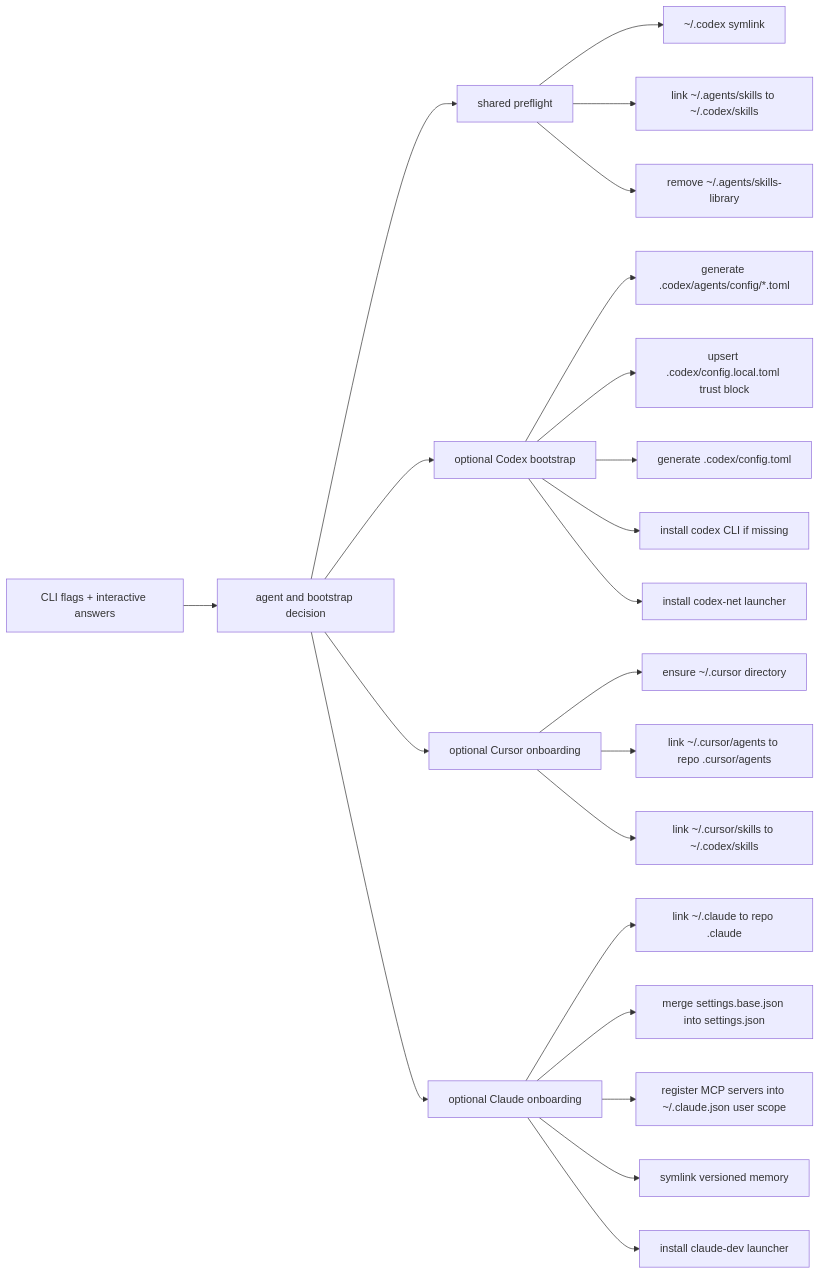
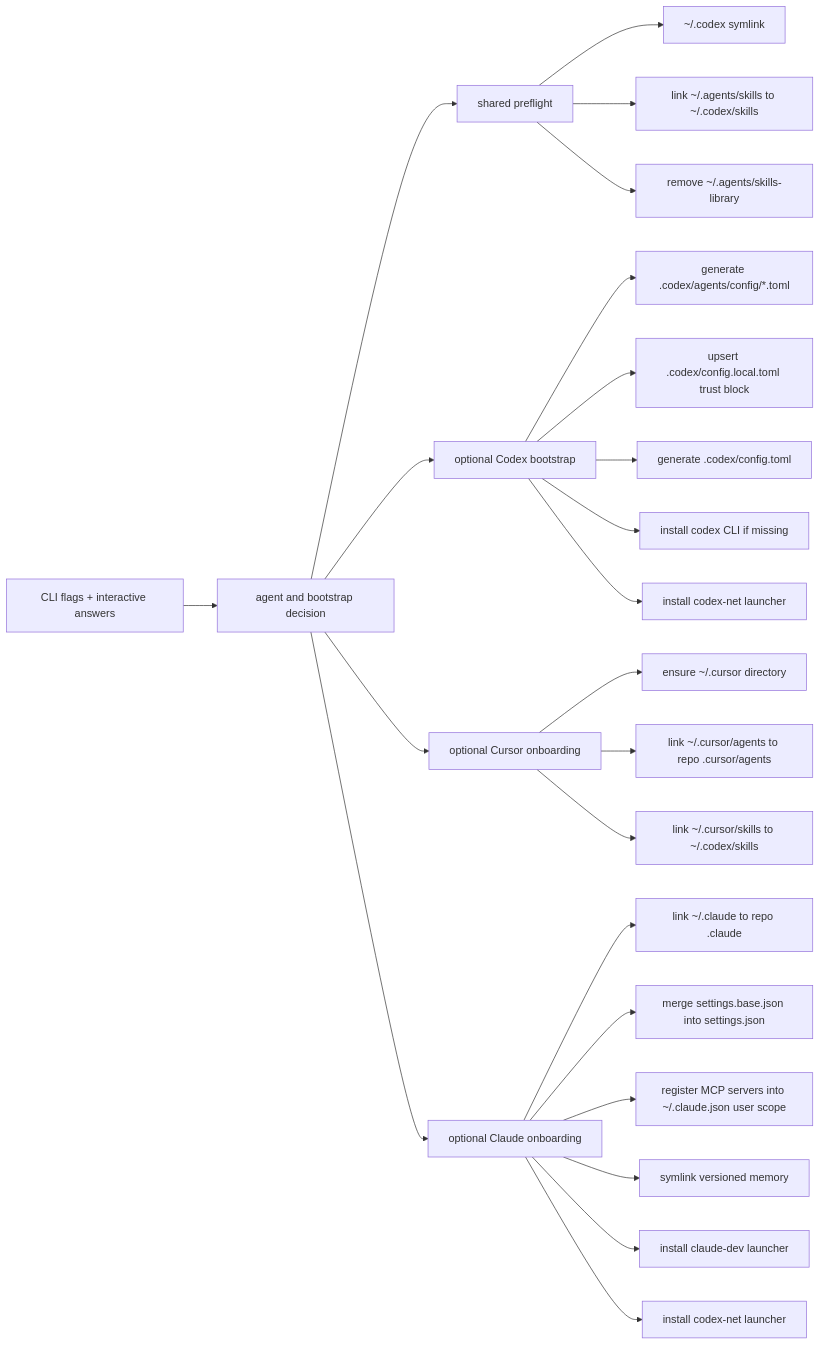
The second of 4 diagrams in docs/onboarding.md (kzokv/agent-dock), drawn with Mermaid before and after one commit. The commit also changed other lines of this file and 4 other files, not shown here.

First line of the commit message:
feat(onboarding): enhance onboarding scripts with codex-net launcher support

````diff
--- a/docs/onboarding.md
+++ b/docs/onboarding.md
@@ -75,27 +76,28 @@
 ```mermaid
 flowchart LR
     A[CLI flags + interactive answers] --> B[agent and bootstrap decision]
     B --> C[shared preflight]
     C --> C1[~/.codex symlink]
     C --> C2[link ~/.agents/skills to ~/.codex/skills]
     C --> C3[remove ~/.agents/skills-library]
     B --> D[optional Codex bootstrap]
     B --> E[optional Cursor onboarding]
     B --> F[optional Claude onboarding]
 
     D --> D1[generate .codex/agents/config/*.toml]
     D --> D2[upsert .codex/config.local.toml trust block]
     D --> D3[generate .codex/config.toml]
     D --> D4[install codex CLI if missing]
     D --> D5[install codex-net launcher]
 
     E --> E1[ensure ~/.cursor directory]
     E --> E2[link ~/.cursor/agents to repo .cursor/agents]
     E --> E3[link ~/.cursor/skills to ~/.codex/skills]
 
     F --> F1[link ~/.claude to repo .claude]
     F --> F2[merge settings.base.json into settings.json]
     F --> F3[register MCP servers into ~/.claude.json user scope]
     F --> F4[symlink versioned memory]
     F --> F5[install claude-dev launcher]
+    F --> F6[install codex-net launcher]
 ```
````
